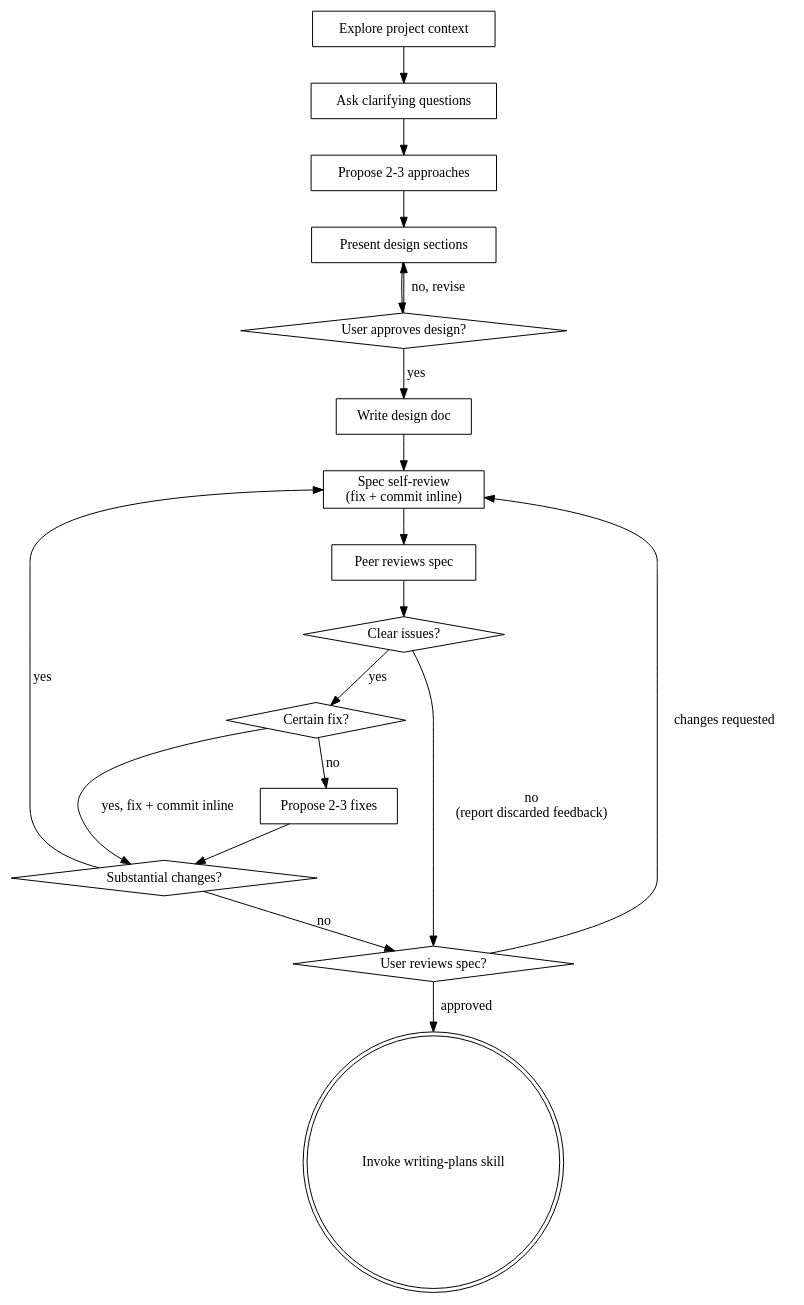
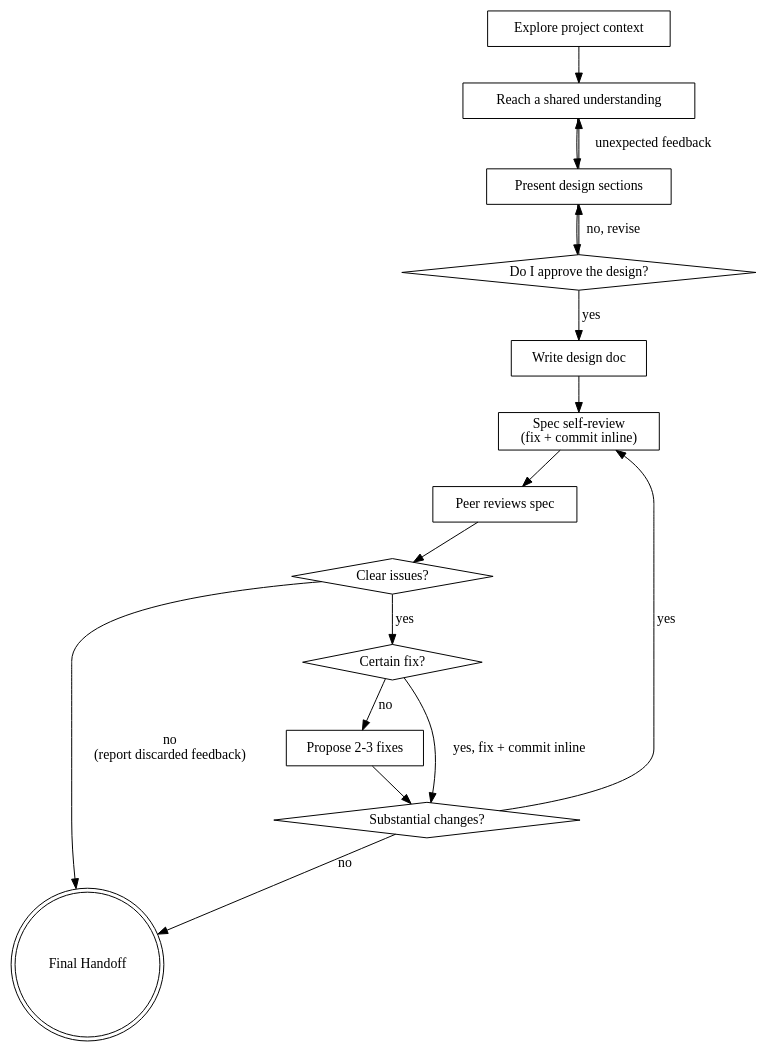
Before and after one commit to fschwiet/honist-v: the diagram in plugin/skills/obra-superpowers/brainstorming/SKILL.md, drawn with Graphviz. The commit also changed other lines of this file, not shown here.

Commit message:
to integrate grilling into brainstorming. End with user action since writing-plans no longer allows model invocation

````diff
--- a/plugin/skills/obra-superpowers/brainstorming/SKILL.md
+++ b/plugin/skills/obra-superpowers/brainstorming/SKILL.md
@@ -39,37 +37,33 @@
 ```dot
 digraph brainstorming {
     "Explore project context" [shape=box];
-    "Ask clarifying questions" [shape=box];
-    "Propose 2-3 approaches" [shape=box];
+    "Reach a shared understanding" [shape=box];
     "Present design sections" [shape=box];
-    "User approves design?" [shape=diamond];
+    "Do I approve the design?" [shape=diamond];
     "Write design doc" [shape=box];
     "Spec self-review\n(fix + commit inline)" [shape=box];
     "Peer reviews spec" [shape=box];
     "Clear issues?" [shape=diamond];
     "Certain fix?" [shape=diamond];
     "Propose 2-3 fixes" [shape=box];
     "Substantial changes?" [shape=diamond];
-    "User reviews spec?" [shape=diamond];
-    "Invoke writing-plans skill" [shape=doublecircle];
+    "Final Handoff" [shape=doublecircle];
 
-    "Explore project context" -> "Ask clarifying questions";
-    "Ask clarifying questions" -> "Propose 2-3 approaches";
-    "Propose 2-3 approaches" -> "Present design sections";
-    "Present design sections" -> "User approves design?";
-    "User approves design?" -> "Present design sections" [label="no, revise"];
-    "User approves design?" -> "Write design doc" [label="yes"];
+    "Explore project context" -> "Reach a shared understanding";
+    "Reach a shared understanding" -> "Present design sections";
+    "Present design sections" -> "Do I approve the design?";
+    "Present design sections" -> "Reach a shared understanding"  [label="unexpected feedback"];
+    "Do I approve the design?" -> "Present design sections" [label="no, revise"];
+    "Do I approve the design?" -> "Write design doc" [label="yes"];
     "Write design doc" -> "Spec self-review\n(fix + commit inline)";
     "Spec self-review\n(fix + commit inline)" -> "Peer reviews spec";
     "Peer reviews spec" -> "Clear issues?";
-    "Clear issues?" -> "User reviews spec?" [label="no\n(report discarded feedback)"];
+    "Clear issues?" -> "Final Handoff" [label="no\n(report discarded feedback)"];
     "Clear issues?" -> "Certain fix?" [label="yes"];
     "Certain fix?" -> "Substantial changes?" [label="yes, fix + commit inline"];
     "Certain fix?" -> "Propose 2-3 fixes" [label="no"];
     "Propose 2-3 fixes" -> "Substantial changes?";
     "Substantial changes?" -> "Spec self-review\n(fix + commit inline)" [label="yes"];
-    "Substantial changes?" -> "User reviews spec?" [label="no"];
-    "User reviews spec?" -> "Spec self-review\n(fix + commit inline)" [label="changes requested"];
-    "User reviews spec?" -> "Invoke writing-plans skill" [label="approved"];
+    "Substantial changes?" -> "Final Handoff" [label="no"];
 }
 ```
````
